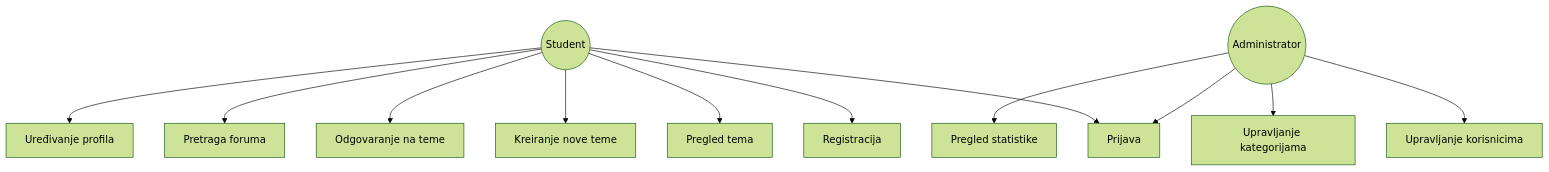
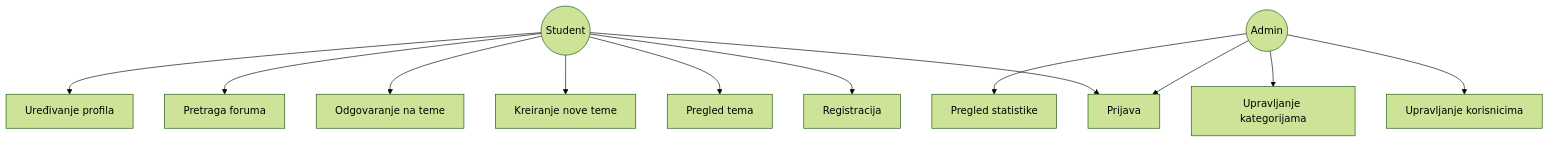
The diagram in projects/trikostura-sartori-pavic-listes/korisnik_i_administrator.mmd (nibzard/2025-intro-swe), drawn with Mermaid (forest theme) before and after one commit. The commit also changed 1 other file, not shown here.

```diff
--- a/projects/trikostura-sartori-pavic-listes/korisnik_i_administrator.mmd
+++ b/projects/trikostura-sartori-pavic-listes/korisnik_i_administrator.mmd
@@ -1,7 +1,7 @@
 ---
 config:
   layout: dagre
 ---
 flowchart TB
     Student(("Student")) --> UC1["Registracija"] & UC2["Prijava"] & UC3["Pregled tema"] & UC4["Kreiranje nove teme"] & UC5["Odgovaranje na teme"] & UC6["Pretraga foruma"] & UC7["Uređivanje profila"]
-    Admin(("Administrator")) --> UC2 & UC12["Upravljanje korisnicima"] & UC14["Upravljanje kategorijama"] & UC15["Pregled statistike"]
+    Admin(("Admin")) --> UC2 & UC12["Upravljanje korisnicima"] & UC14["Upravljanje kategorijama"] & UC15["Pregled statistike"]
```
